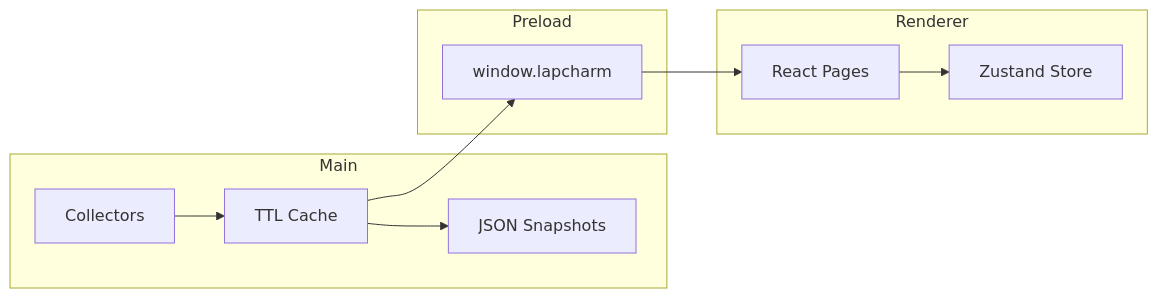
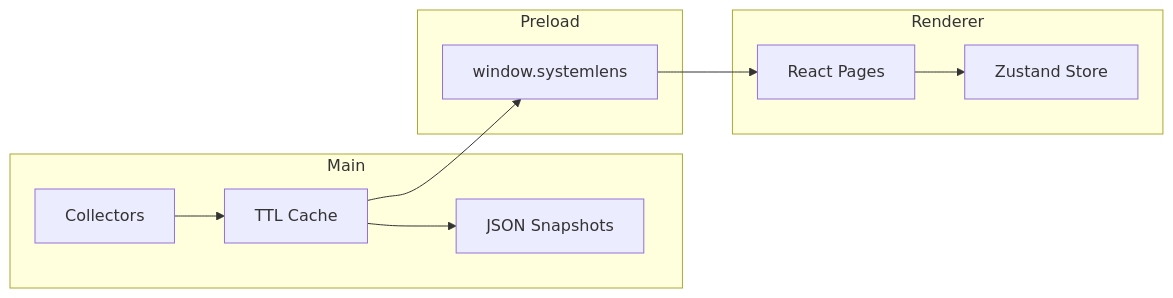
One commit to mahimapaseda/LapCharm changed the diagram in README.md. Above: the diagram before and after it, drawn with Mermaid. The commit also changed other lines of this file and 27 other files, not shown here.

````diff
--- a/README.md
+++ b/README.md
@@ -68,20 +68,20 @@
 ```mermaid
 flowchart LR
   subgraph mainProc [Main]
     Collectors[Collectors]
     Cache[TTL Cache]
     DB[JSON Snapshots]
   end
   subgraph preloadBridge [Preload]
-    Bridge["window.lapcharm"]
+    Bridge["window.systemlens"]
   end
   subgraph rendererUI [Renderer]
     Pages[React Pages]
     Store[Zustand Store]
   end
   Collectors --> Cache
   Cache --> Bridge
   Bridge --> Pages
   Pages --> Store
   Cache --> DB
 ```
````
